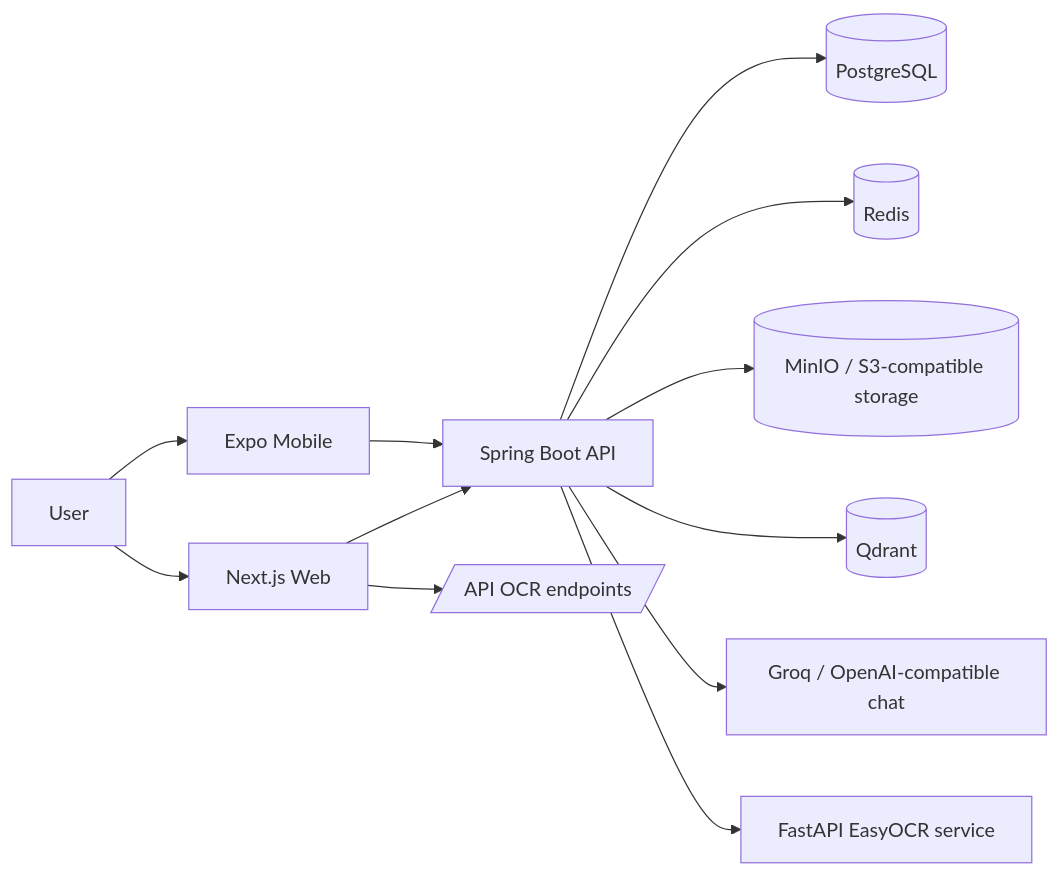
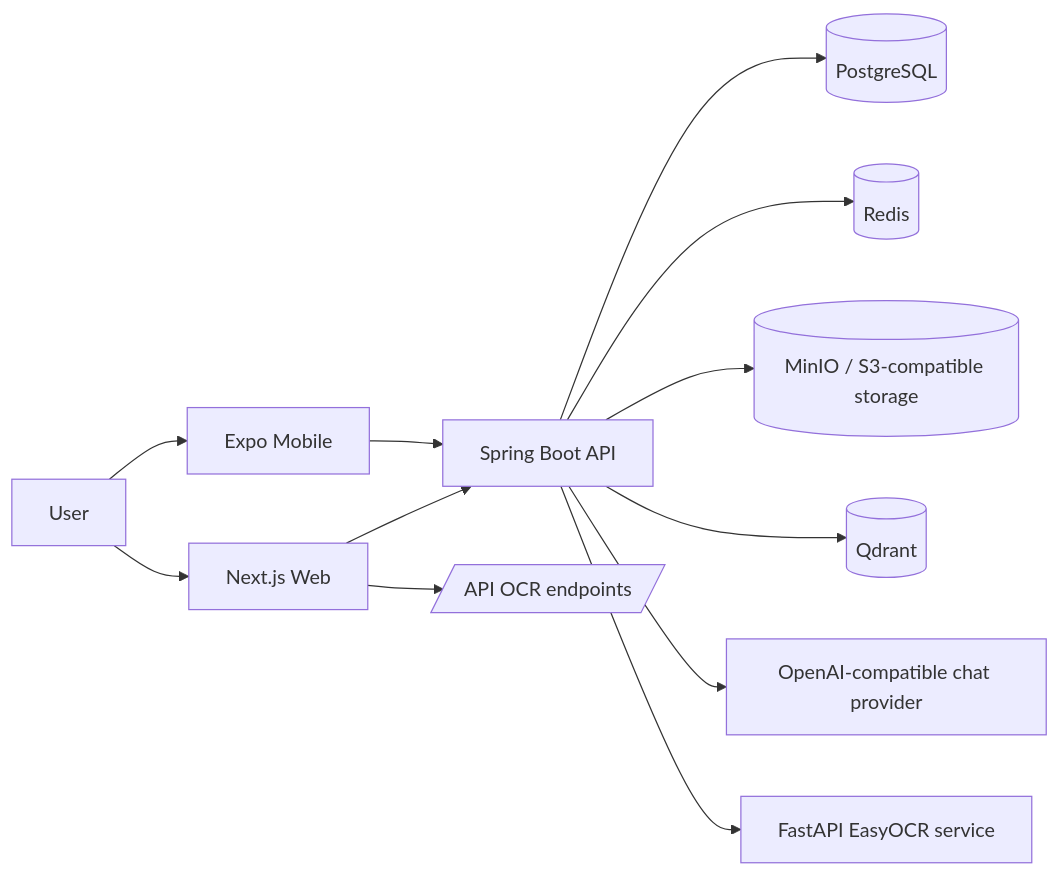
One commit to vuminhhieuu/health-lens changed the diagram in docs/architecture.md. Above: the diagram before and after it, drawn with Mermaid. The commit also changed other lines of this file and 19 other files, not shown here.

Commit message:
feat(lin-135): add generic AI chat provider config

````diff
--- a/docs/architecture.md
+++ b/docs/architecture.md
@@ -9,14 +9,14 @@
 ```mermaid
 flowchart LR
     User[User] --> Web[Next.js Web]
     User --> Mobile[Expo Mobile]
     Web --> API[Spring Boot API]
     Mobile --> API
     API --> DB[(PostgreSQL)]
     API --> Redis[(Redis)]
     API --> Storage[(MinIO / S3-compatible storage)]
     API --> Qdrant[(Qdrant)]
-    API --> Groq[Groq / OpenAI-compatible chat]
+    API --> AIChat[OpenAI-compatible chat provider]
     API --> OCR[FastAPI EasyOCR service]
     Web --> OCRProxy[/API OCR endpoints/]
 ```
````
